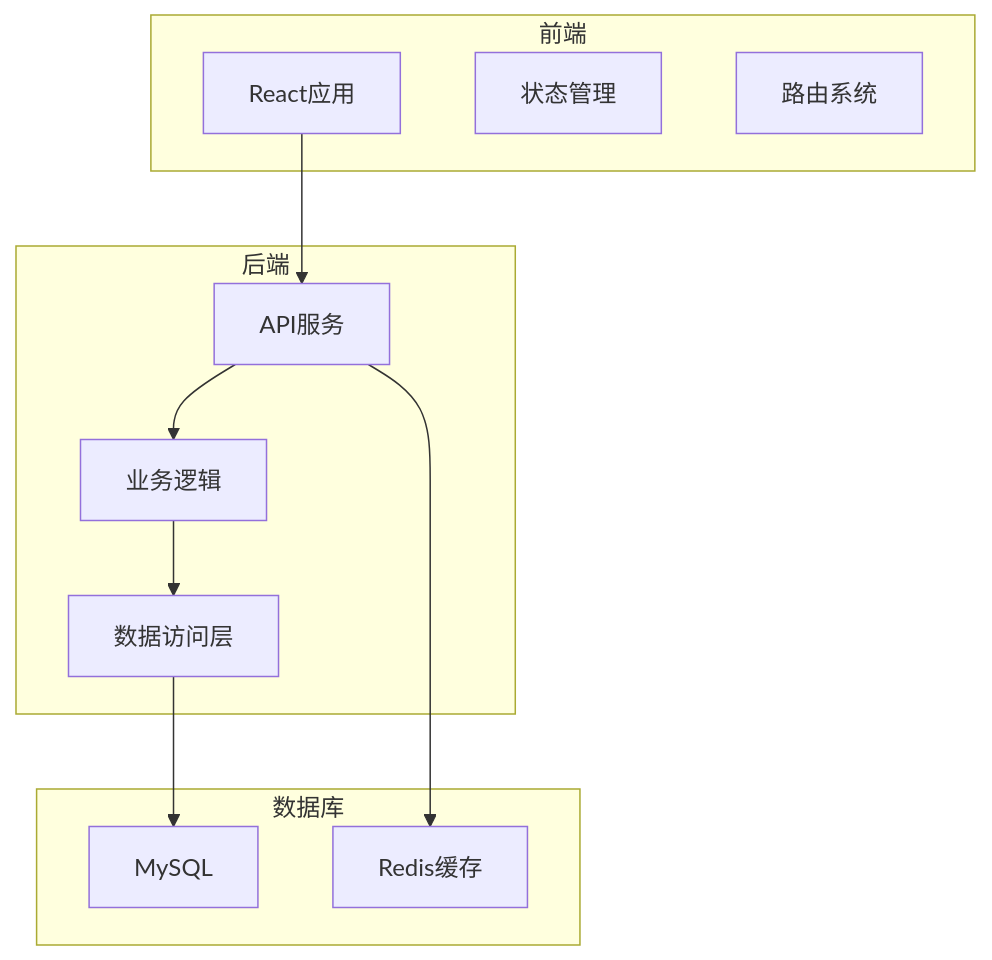
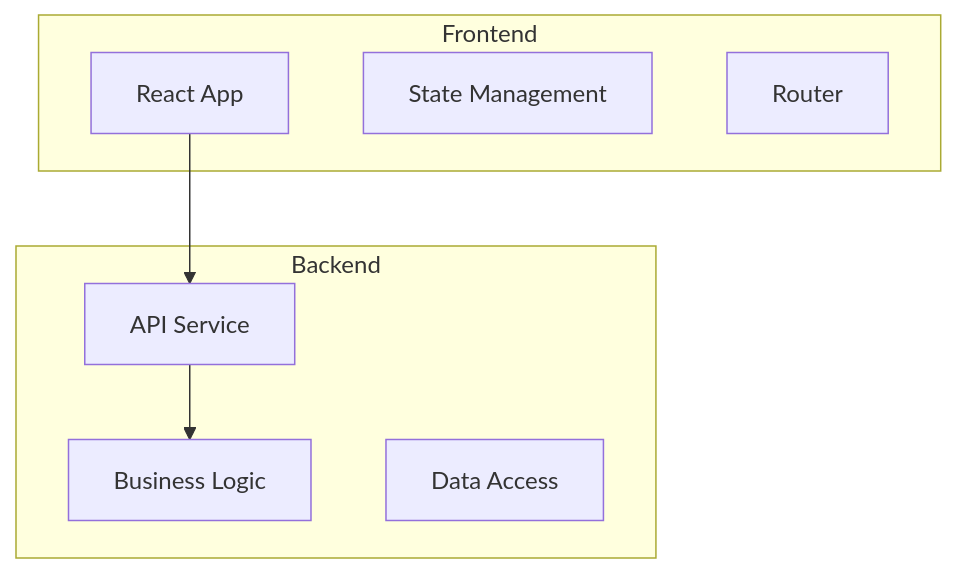
Before and after one commit to zhuangbiaowei/vitepress-ospo-writing-project: the seventh of 8 diagrams in docs/articles/mermaid-diagram-guide.md, drawn with Mermaid. The commit also changed other lines of this file and 182 other files, not shown here.

````diff
--- a/docs/articles/mermaid-diagram-guide.md
+++ b/docs/articles/mermaid-diagram-guide.md
@@ -172,25 +107,17 @@
 ```mermaid
 flowchart TB
-    subgraph "前端"
-        A[React应用]
-        B[状态管理]
-        C[路由系统]
+    subgraph "Frontend"
+        A[React App]
+        B[State Management]
+        C[Router]
     end
     
-    subgraph "后端"
-        D[API服务]
-        E[业务逻辑]
-        F[数据访问层]
-    end
-    
-    subgraph "数据库"
-        G[MySQL]
-        H[Redis缓存]
+    subgraph "Backend"
+        D[API Service]
+        E[Business Logic]
+        F[Data Access]
     end
     
     A --> D
     D --> E
-    E --> F
-    F --> G
-    D --> H
 ```
````
